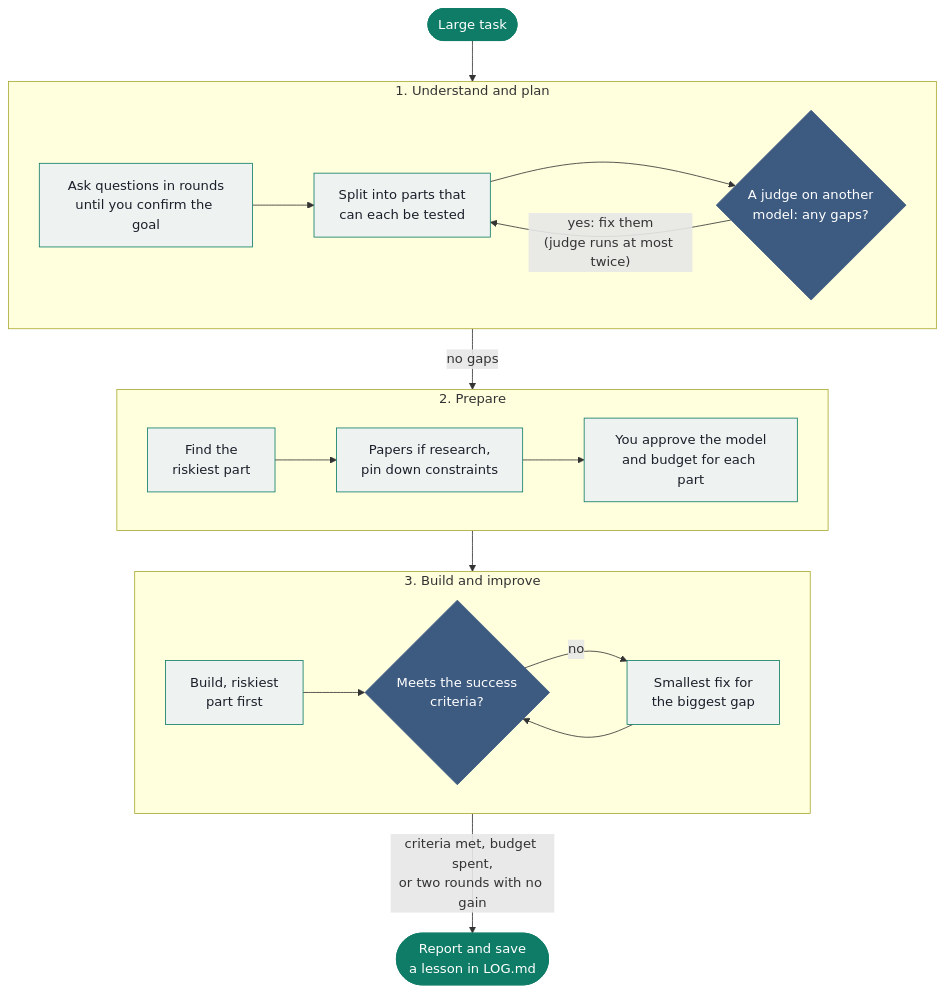
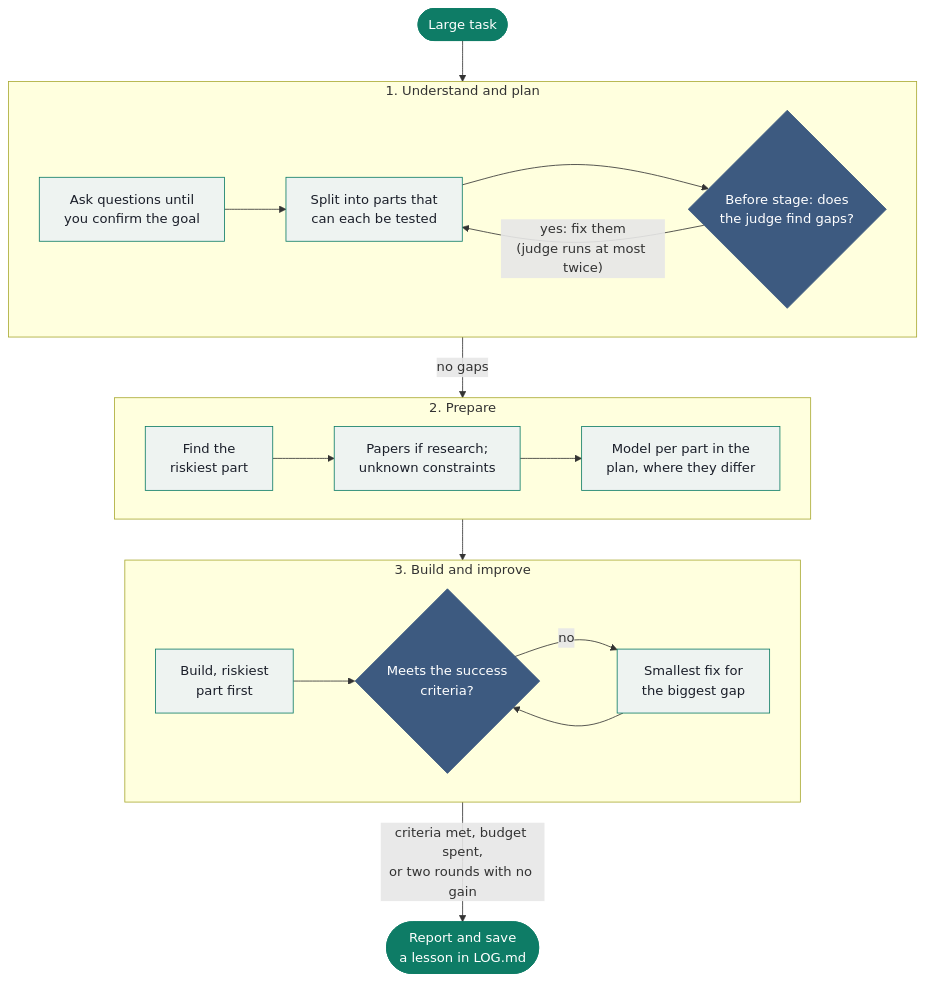
Before and after one commit to asif07hossain/goalproof: the diagram in README.md, drawn with Mermaid. The commit also changed other lines of this file and 9 other files, not shown here.

````diff
--- a/README.md
+++ b/README.md
@@ -323,28 +332,28 @@
 ```mermaid
 flowchart TD
     A(["Large task"]) --> PLAN
     subgraph PLAN["1. Understand and plan"]
         direction LR
-        P1["Ask questions in rounds<br/>until you confirm the goal"] --> P2["Split into parts that<br/>can each be tested"] --> J{"A judge on another<br/>model: any gaps?"}
+        P1["Ask questions until<br/>you confirm the goal"] --> P2["Split into parts that<br/>can each be tested"] --> J{"Before stage: does<br/>the judge find gaps?"}
         J -->|"yes: fix them<br/>(judge runs at most twice)"| P2
     end
     PLAN -->|"no gaps"| PREP
     subgraph PREP["2. Prepare"]
         direction LR
-        R["Find the<br/>riskiest part"] --> C["Papers if research,<br/>pin down constraints"] --> BU["You approve the model<br/>and budget for each part"]
+        R["Find the<br/>riskiest part"] --> C["Papers if research;<br/>unknown constraints"] --> BU["Model per part in the<br/>plan, where they differ"]
     end
     PREP --> BUILD
     subgraph BUILD["3. Build and improve"]
         direction LR
         B2["Build, riskiest<br/>part first"] --> V{"Meets the success<br/>criteria?"}
         V -->|no| F["Smallest fix for<br/>the biggest gap"] --> V
     end
     BUILD -->|"criteria met, budget spent,<br/>or two rounds with no gain"| D(["Report and save<br/>a lesson in LOG.md"])
 
     classDef step fill:#EEF3F1,stroke:#0E7C66,color:#1B1F2A
     classDef decide fill:#3D5A80,stroke:#3D5A80,color:#FFFFFF
     classDef ends fill:#0E7C66,stroke:#0E7C66,color:#FFFFFF
     class P1,P2,R,C,BU,B2,F step
     class J,V decide
     class A,D ends
 ```
````
